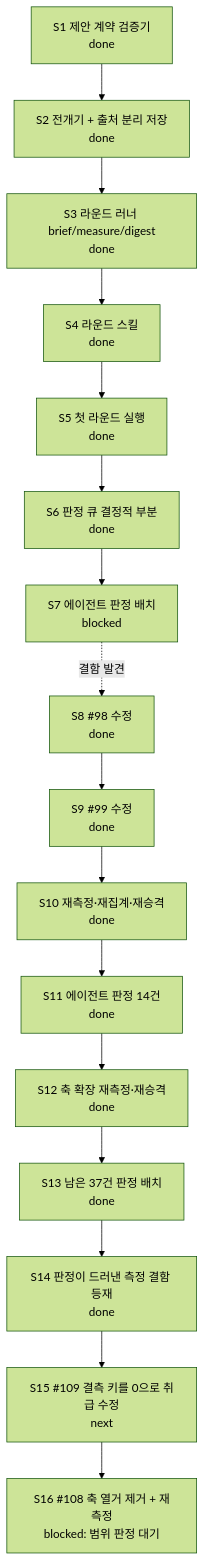
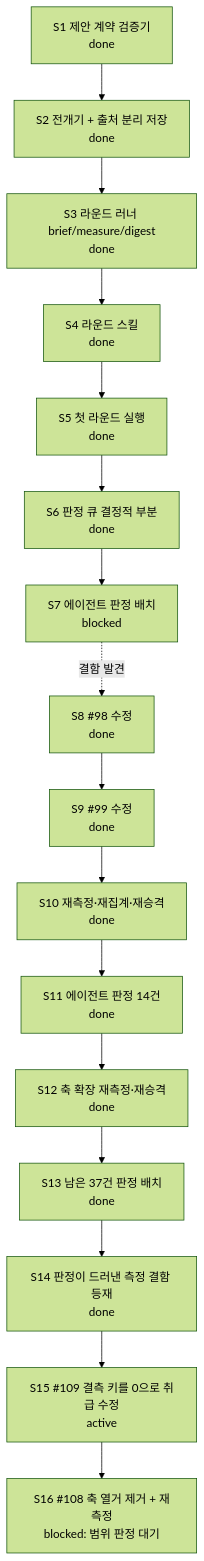
The diagram in docs/CURRENT-PLAN.md (skerfolg/poe2-ai-wiki), drawn with Mermaid (forest theme) before and after one commit. The commit also changed other lines of this file, not shown here.

````diff
--- a/docs/CURRENT-PLAN.md
+++ b/docs/CURRENT-PLAN.md
@@ -23,22 +23,22 @@
 ```mermaid
 flowchart TD
   CONTRACT[S1 제안 계약 검증기<br/>done]
   FLOW[S2 전개기 + 출처 분리 저장<br/>done]
   ROUND[S3 라운드 러너 brief/measure/digest<br/>done]
   SKILL[S4 라운드 스킬<br/>done]
   FIRST[S5 첫 라운드 실행<br/>done]
   NECESS[S6 판정 큐 결정적 부분<br/>done]
   JUDGE[S7 에이전트 판정 배치<br/>blocked]
   FIX[S8 #98 수정<br/>done]
   REMEAS[S9 #99 수정<br/>done]
   REAGG[S10 재측정·재집계·재승격<br/>done]
   RESUME[S11 에이전트 판정 14건<br/>done]
   AXES[S12 축 확장 재측정·재승격<br/>done]
   NEXT2[S13 남은 37건 판정 배치<br/>done]
   DEF[S14 판정이 드러낸 측정 결함 등재<br/>done]
-  FIXDELTA[S15 #109 결측 키를 0으로 취급 수정<br/>next]
+  FIXDELTA[S15 #109 결측 키를 0으로 취급 수정<br/>active]
   WIDEN[S16 #108 축 열거 제거 + 재측정<br/>blocked: 범위 판정 대기]
   CONTRACT --> FLOW --> ROUND --> SKILL --> FIRST --> NECESS --> JUDGE
   JUDGE -. 결함 발견 .-> FIX --> REMEAS --> REAGG --> RESUME --> AXES --> NEXT2
   NEXT2 --> DEF --> FIXDELTA --> WIDEN
 ```
````
